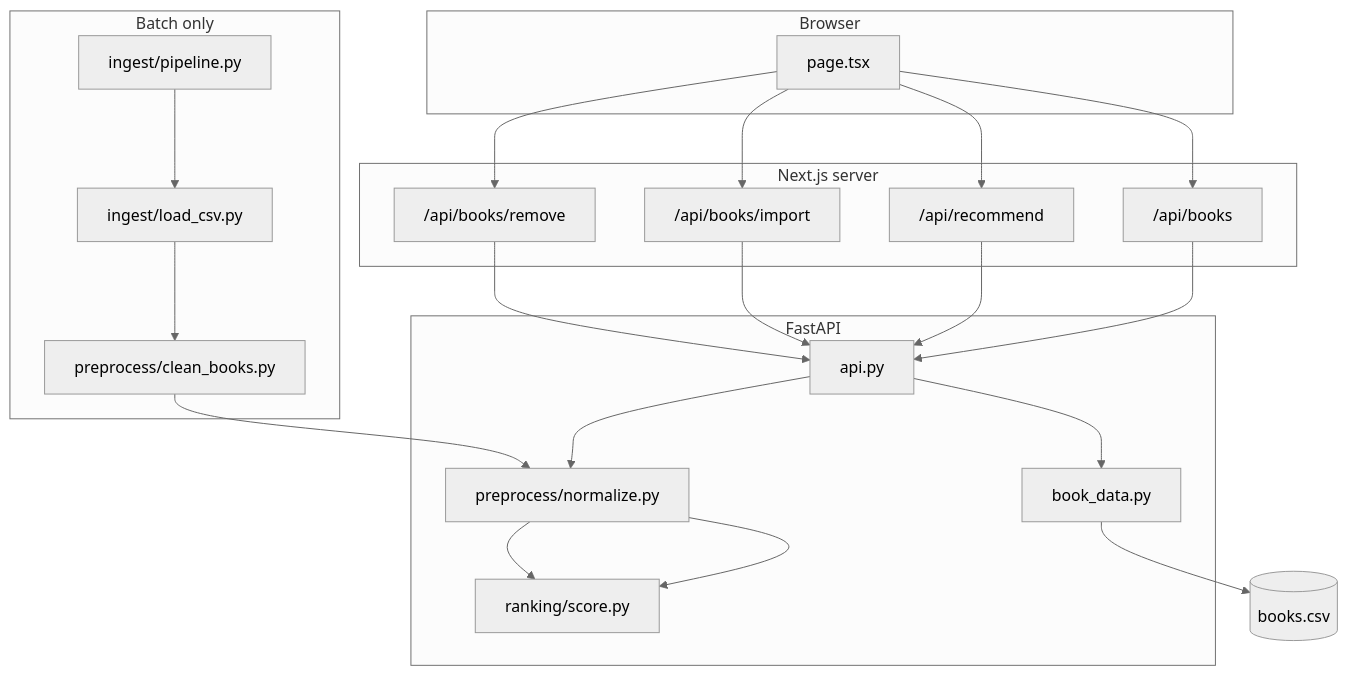
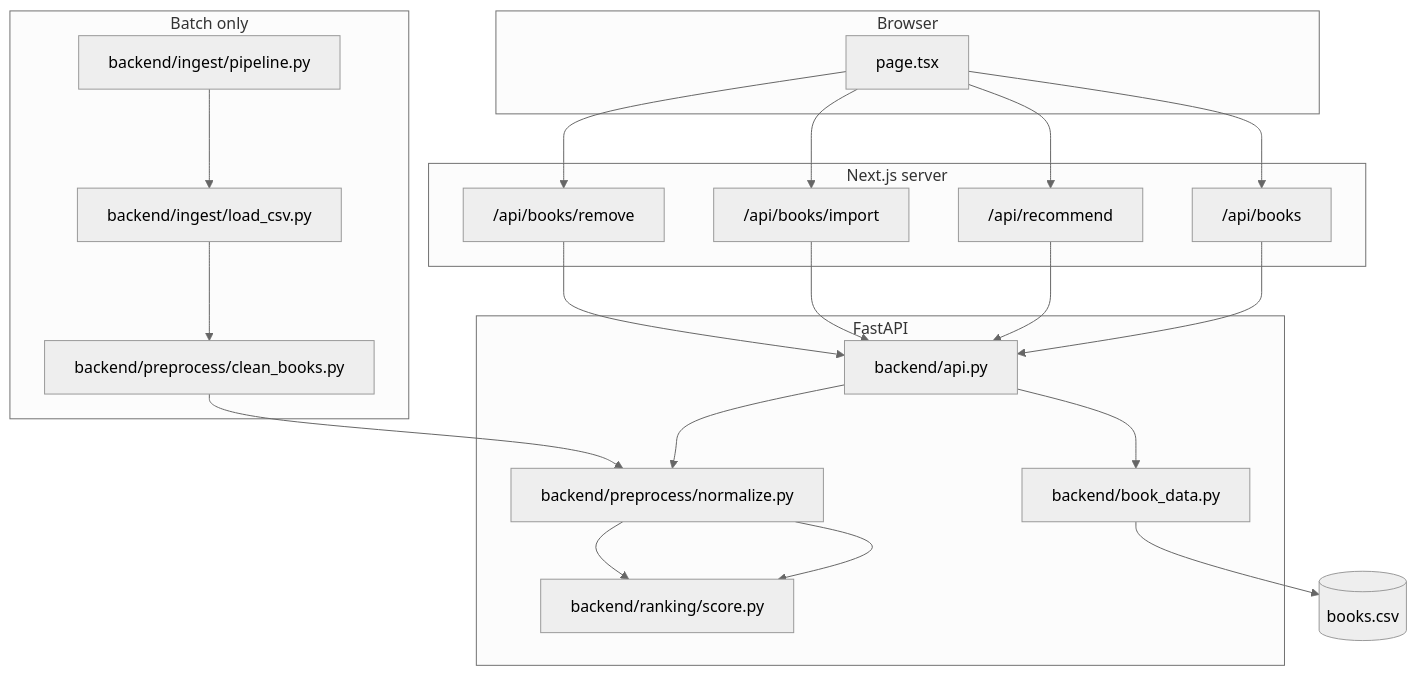
Before and after one commit to sruthysatheesh/shelftxt: the diagram in docs/architecture.md, drawn with Mermaid (neutral theme). The commit also changed other lines of this file and 65 other files, not shown here.

````diff
--- a/docs/architecture.md
+++ b/docs/architecture.md
@@ -17,30 +17,30 @@
 ```mermaid
 flowchart TB
   subgraph client [Browser]
     Page[page.tsx]
   end
   subgraph next [Next.js server]
     BooksRoute["/api/books"]
     RecommendRoute["/api/recommend"]
     ImportRoute["/api/books/import"]
     RemoveRoute["/api/books/remove"]
   end
   subgraph python [FastAPI]
-    API[api.py]
-    BD[book_data.py]
-    Norm[preprocess/normalize.py]
-    Score[ranking/score.py]
+    API[backend/api.py]
+    BD[backend/book_data.py]
+    Norm[backend/preprocess/normalize.py]
+    Score[backend/ranking/score.py]
   end
   subgraph batch [Batch only]
-    Pipe[ingest/pipeline.py]
-    Load[ingest/load_csv.py]
-    Clean[preprocess/clean_books.py]
+    Pipe[backend/ingest/pipeline.py]
+    Load[backend/ingest/load_csv.py]
+    Clean[backend/preprocess/clean_books.py]
   end
   CSV[(books.csv)]
 
   Page --> BooksRoute & RecommendRoute & ImportRoute & RemoveRoute
   BooksRoute & RecommendRoute & ImportRoute & RemoveRoute --> API
   API --> BD --> CSV
   API --> Norm --> Score
   Pipe --> Load --> Clean --> Norm --> Score
 ```
````
